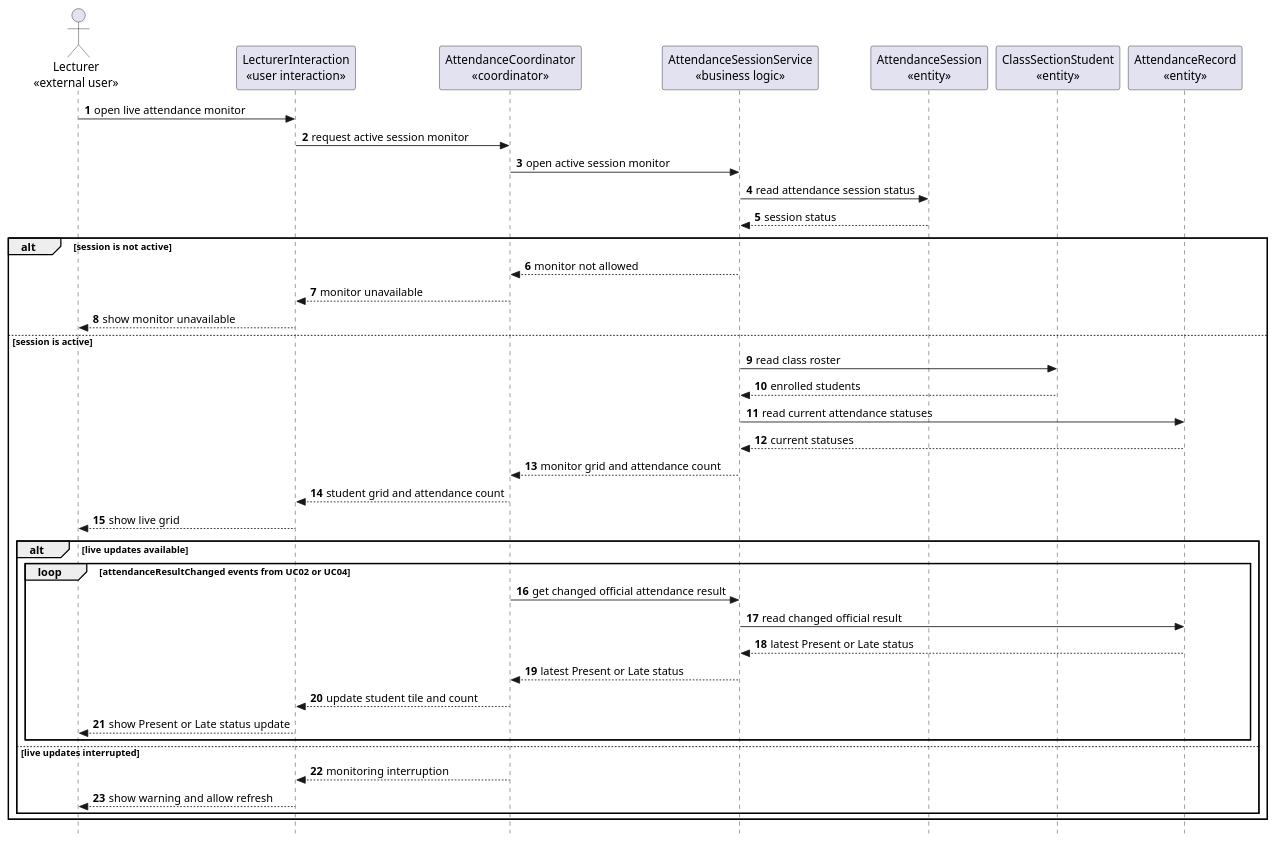
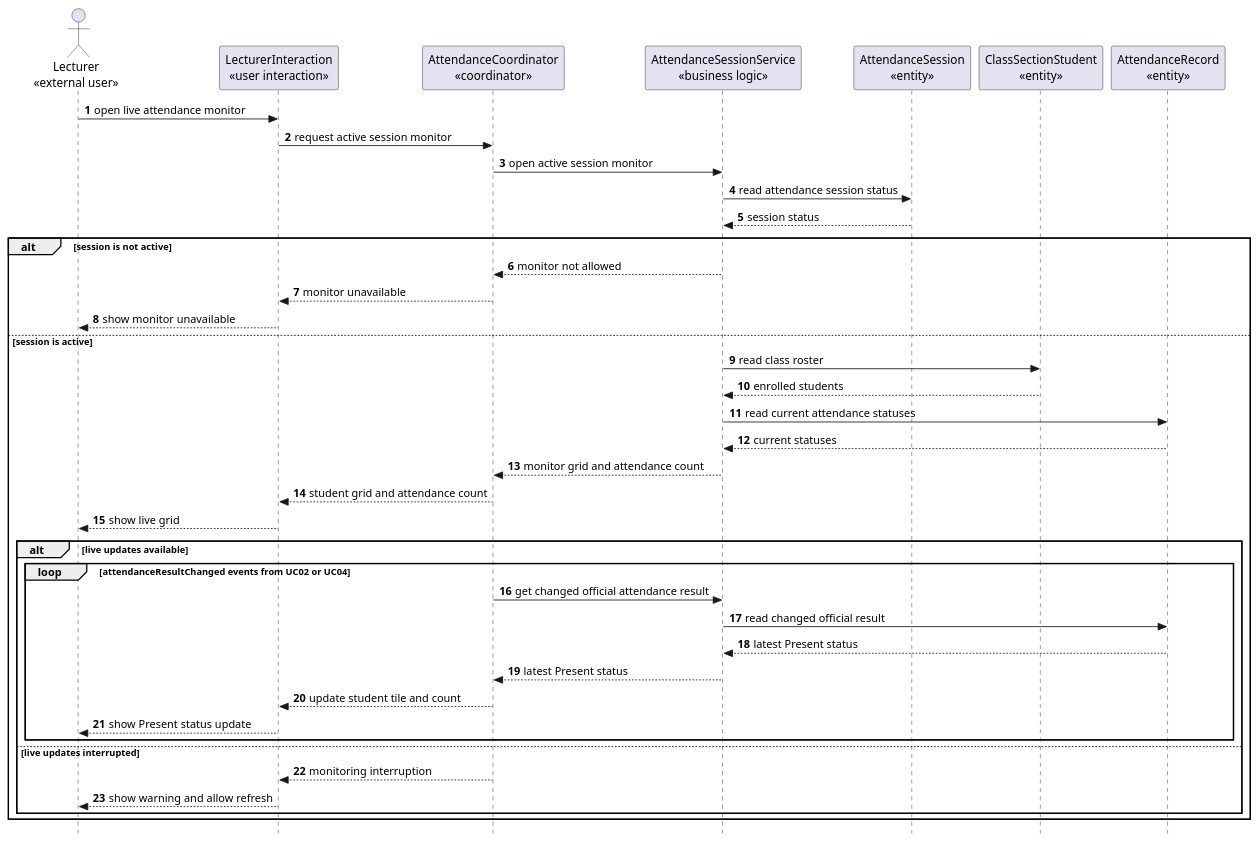
One commit to nttung42/SWD392 changed diagram 17 of 26 in docs/rds/2_Analysis.md. Above: the diagram before and after it, drawn with PlantUML. The commit also changed other lines of this file and 2 other files, not shown here.

````diff
--- a/docs/rds/2_Analysis.md
+++ b/docs/rds/2_Analysis.md
@@ -787,47 +803,47 @@
 ```plantuml
 @startuml
 skinparam style strictuml
 autonumber
 actor "Lecturer\n«external user»" as Lecturer
 participant "LecturerInteraction\n«user interaction»" as LecturerUI
 participant "AttendanceCoordinator\n«coordinator»" as MonitorControl
 participant "AttendanceSessionService\n«business logic»" as SessionRules
 participant "AttendanceSession\n«entity»" as AttendanceSession
 participant "ClassSectionStudent\n«entity»" as ClassSectionStudent
 participant "AttendanceRecord\n«entity»" as AttendanceRecord
 
 Lecturer -> LecturerUI : open live attendance monitor
 LecturerUI -> MonitorControl : request active session monitor
 MonitorControl -> SessionRules : open active session monitor
 SessionRules -> AttendanceSession : read attendance session status
 AttendanceSession --> SessionRules : session status
 
 alt session is not active
   SessionRules --> MonitorControl : monitor not allowed
   MonitorControl --> LecturerUI : monitor unavailable
   LecturerUI --> Lecturer : show monitor unavailable
 else session is active
   SessionRules -> ClassSectionStudent : read class roster
   ClassSectionStudent --> SessionRules : enrolled students
   SessionRules -> AttendanceRecord : read current attendance statuses
   AttendanceRecord --> SessionRules : current statuses
   SessionRules --> MonitorControl : monitor grid and attendance count
   MonitorControl --> LecturerUI : student grid and attendance count
   LecturerUI --> Lecturer : show live grid
 
   alt live updates available
     loop attendanceResultChanged events from UC02 or UC04
       MonitorControl -> SessionRules : get changed official attendance result
       SessionRules -> AttendanceRecord : read changed official result
-      AttendanceRecord --> SessionRules : latest Present or Late status
-      SessionRules --> MonitorControl : latest Present or Late status
+      AttendanceRecord --> SessionRules : latest Present status
+      SessionRules --> MonitorControl : latest Present status
       MonitorControl --> LecturerUI : update student tile and count
-      LecturerUI --> Lecturer : show Present or Late status update
+      LecturerUI --> Lecturer : show Present status update
     end
   else live updates interrupted
     MonitorControl --> LecturerUI : monitoring interruption
     LecturerUI --> Lecturer : show warning and allow refresh
   end
 end
 @enduml
 ```
````
